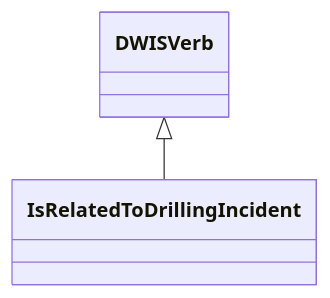
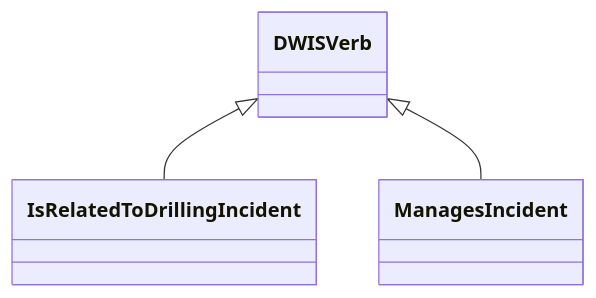
Before and after one commit to D-WIS/DDHub-Semantic-Interoperability: diagram 14 of 16 in docs/vocabulary_development/auto-generated/md/definition-files/DrillingIncident.md, drawn with Mermaid. The commit also changed other lines of this file and 16 other files, not shown here.

````diff
--- a/docs/vocabulary_development/auto-generated/md/definition-files/DrillingIncident.md
+++ b/docs/vocabulary_development/auto-generated/md/definition-files/DrillingIncident.md
@@ -129,4 +725,5 @@
 ```mermaid
 classDiagram
 DWISVerb <|-- IsRelatedToDrillingIncident
+DWISVerb <|-- ManagesIncident
 ```
````
